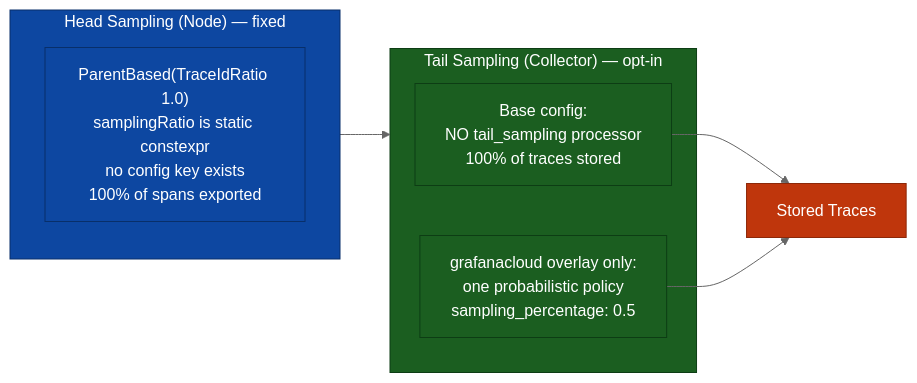
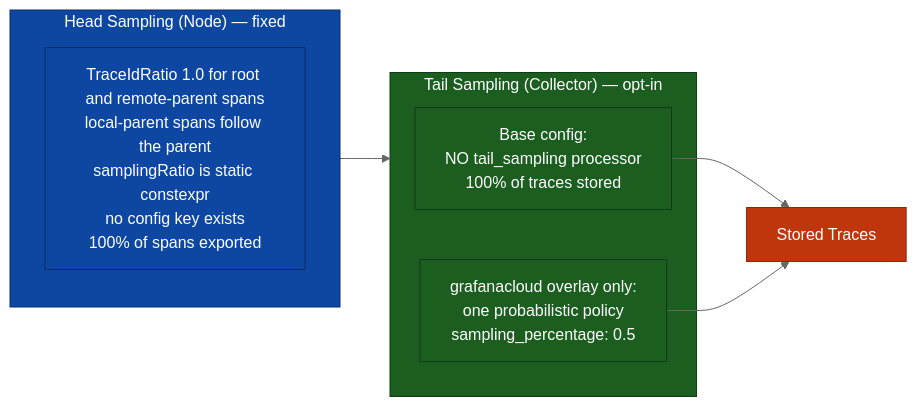
One commit to XRPLF/rippled changed the third of 4 diagrams in OpenTelemetryPlan/07-observability-backends.md. Above: the diagram before and after it, drawn with Mermaid (neutral theme). The commit also changed other lines of this file and 2 other files, not shown here.

First line of the commit message:
docs(telemetry): Update the trace_state TODO and the sampling notes

````diff
--- a/OpenTelemetryPlan/07-observability-backends.md
+++ b/OpenTelemetryPlan/07-observability-backends.md
@@ -194,22 +194,22 @@
 ```mermaid
 flowchart LR
     subgraph head["Head Sampling (Node) — fixed"]
-        hs["ParentBased(TraceIdRatio 1.0)<br/>samplingRatio is static constexpr<br/>no config key exists<br/>100% of spans exported"]
+        hs["TraceIdRatio 1.0 for root and remote-parent spans<br/>local-parent spans follow the parent<br/>samplingRatio is static constexpr<br/>no config key exists<br/>100% of spans exported"]
     end
 
     subgraph tail["Tail Sampling (Collector) — opt-in"]
         base["Base config:<br/>NO tail_sampling processor<br/>100% of traces stored"]
         cloud["grafanacloud overlay only:<br/>one probabilistic policy<br/>sampling_percentage: 0.5"]
     end
 
     head --> tail
     base --> final["Stored Traces"]
     cloud --> final
 
     style head fill:#0d47a1,stroke:#082f6a,color:#ffffff
     style tail fill:#1b5e20,stroke:#0d3d14,color:#ffffff
     style hs fill:#0d47a1,stroke:#082f6a,color:#ffffff
     style base fill:#1b5e20,stroke:#0d3d14,color:#ffffff
     style cloud fill:#1b5e20,stroke:#0d3d14,color:#ffffff
     style final fill:#bf360c,stroke:#8c2809,color:#ffffff
 ```
````
